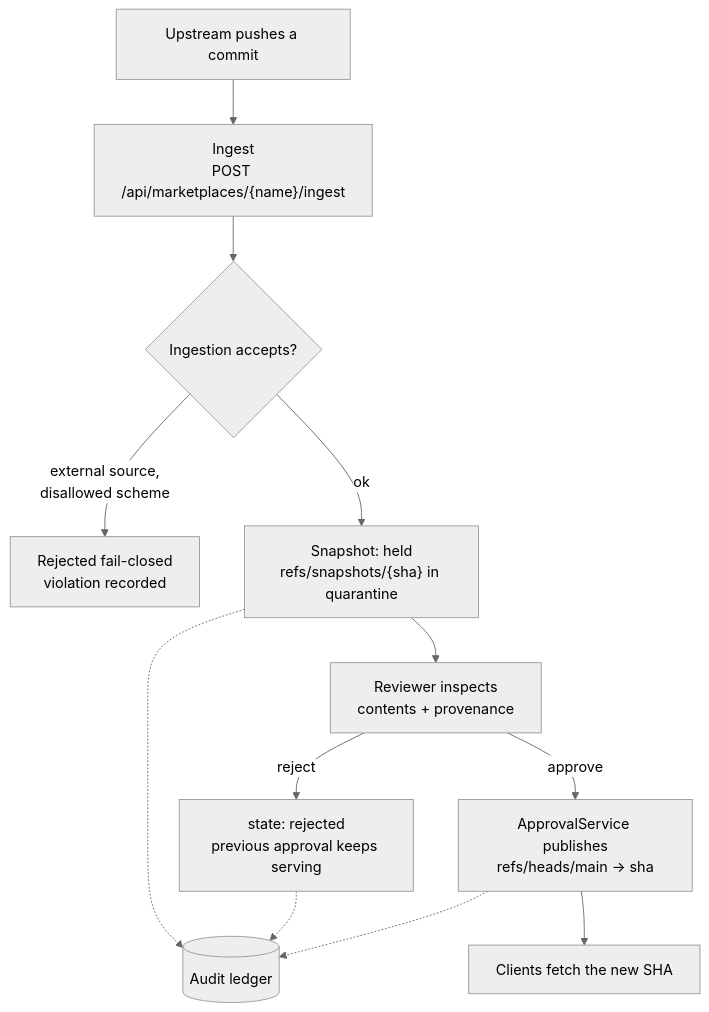
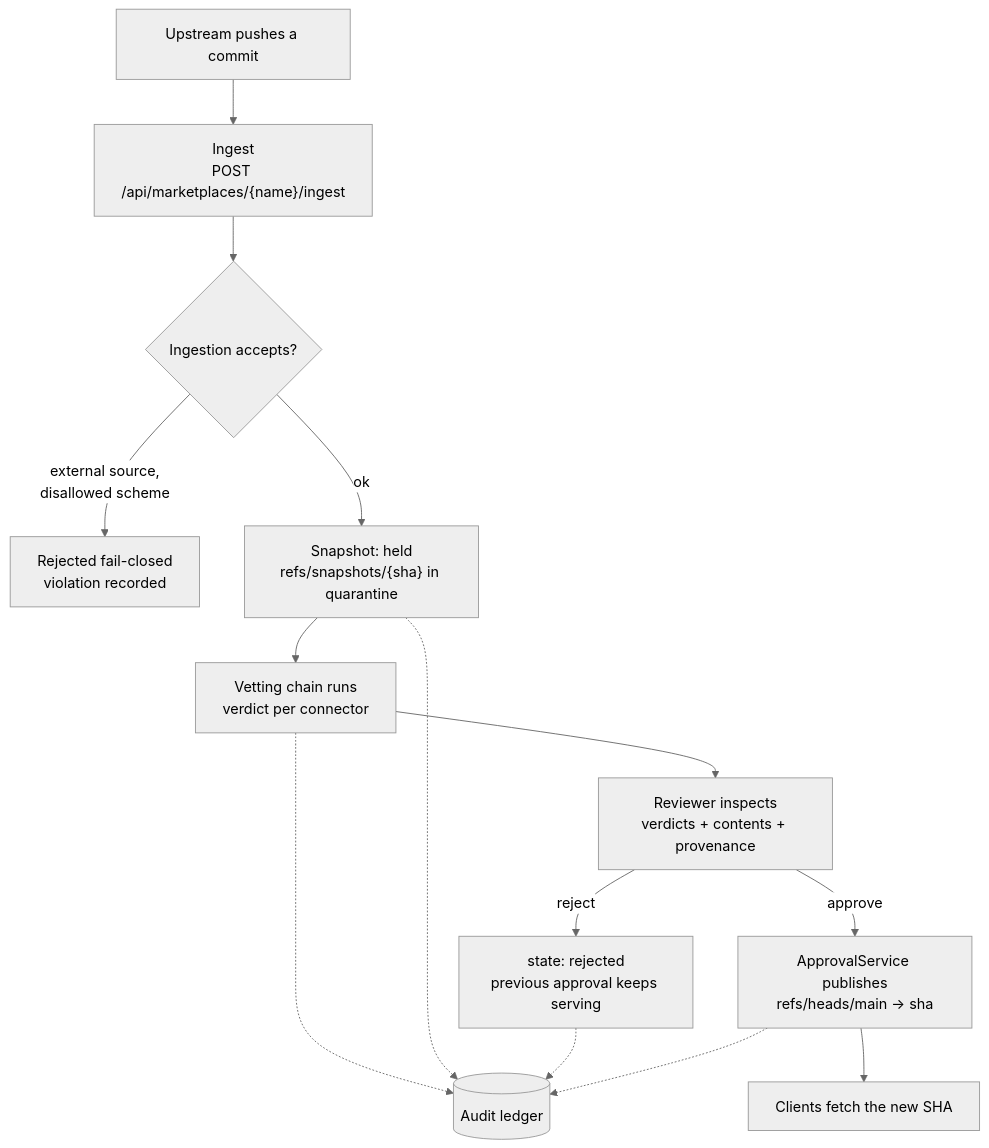
The first of 3 diagrams in docs/manual/concepts/lifecycle.md (skillsgateway/skillsgateway), drawn with Mermaid (neutral theme) before and after one commit. The commit also changed other lines of this file and 52 other files, not shown here.

Commit message:
feat: pluggable snapshot vetting chain (#10) (#51)

````diff
--- a/docs/manual/concepts/lifecycle.md
+++ b/docs/manual/concepts/lifecycle.md
@@ -9,14 +9,16 @@
 ```mermaid
 flowchart TD
     A["Upstream pushes a commit"] --> B["Ingest<br/>POST /api/marketplaces/{name}/ingest"]
     B --> C{"Ingestion accepts?"}
     C -->|"external source,<br/>disallowed scheme"| D["Rejected fail-closed<br/>violation recorded"]
     C -->|ok| E["Snapshot: held<br/>refs/snapshots/{sha} in quarantine"]
-    E --> F["Reviewer inspects<br/>contents + provenance"]
+    E --> V["Vetting chain runs<br/>verdict per connector"]
+    V --> F["Reviewer inspects<br/>verdicts + contents + provenance"]
     F -->|reject| G["state: rejected<br/>previous approval keeps serving"]
     F -->|approve| H["ApprovalService publishes<br/>refs/heads/main → sha"]
     H --> I["Clients fetch the new SHA"]
-    E -.-> L[("Audit ledger")]
+    V -.-> L[("Audit ledger")]
+    E -.-> L
     G -.-> L
     H -.-> L
 ```
````
